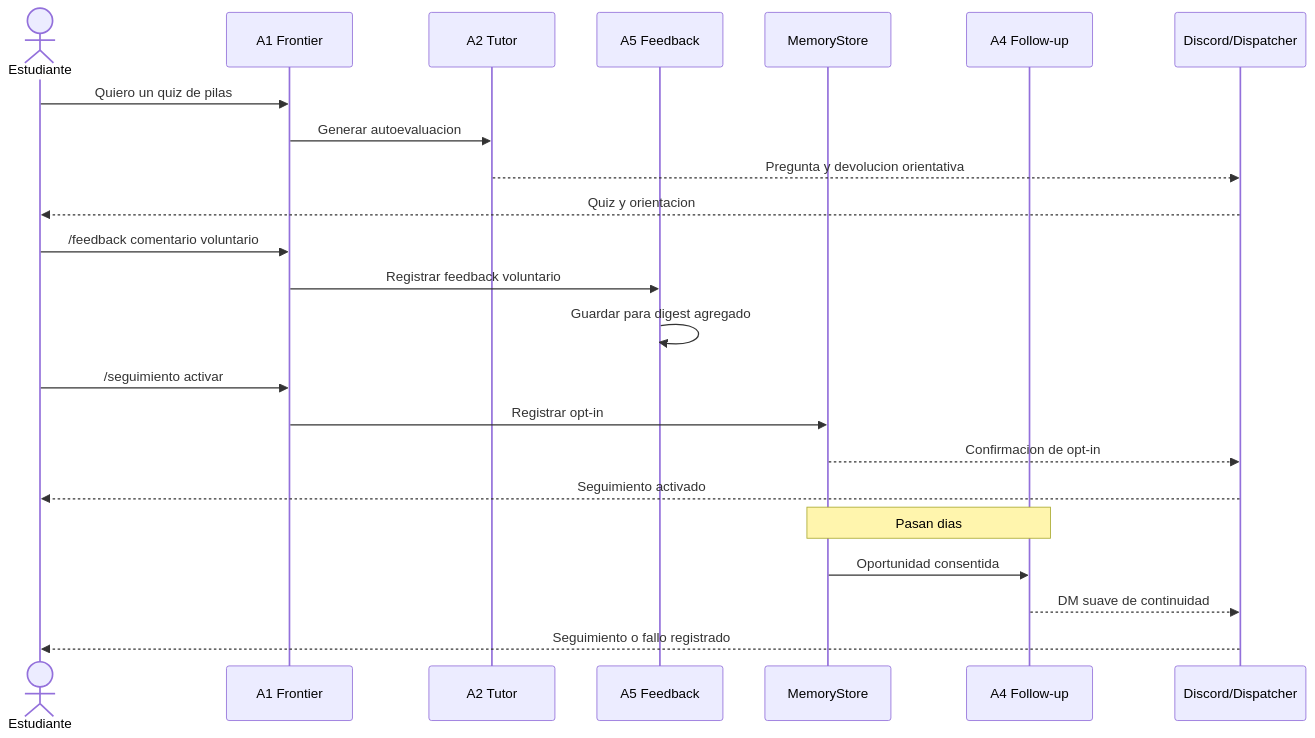
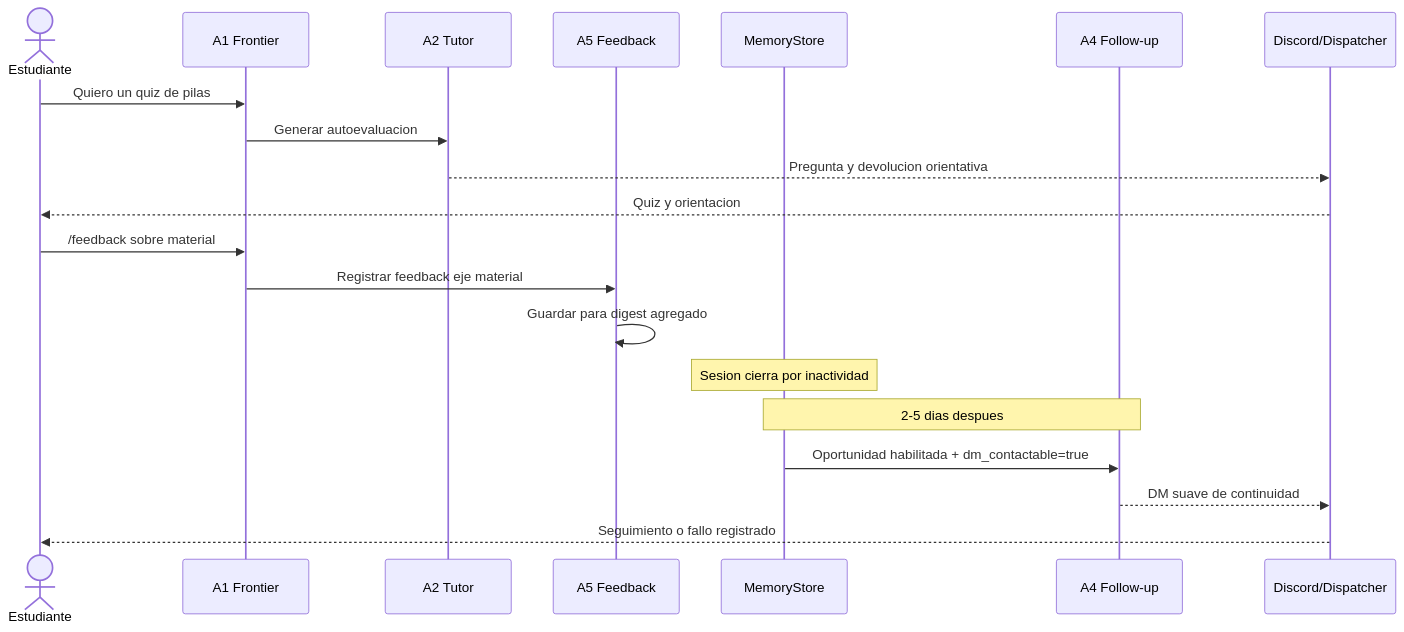
One commit to berni-245/SMA-Discord-bot changed the fourth of 4 diagrams in spec/06-escenarios-y-trazabilidad.md. Above: the diagram before and after it, drawn with Mermaid. The commit also changed other lines of this file and 16 other files, not shown here.

````diff
--- a/spec/06-escenarios-y-trazabilidad.md
+++ b/spec/06-escenarios-y-trazabilidad.md
@@ -99,25 +99,22 @@
 ```mermaid
 sequenceDiagram
     actor E as Estudiante
     participant A1 as A1 Frontier
     participant A2 as A2 Tutor
     participant A5 as A5 Feedback
     participant M as MemoryStore
     participant A4 as A4 Follow-up
     participant D as Discord/Dispatcher
     E->>A1: Quiero un quiz de pilas
     A1->>A2: Generar autoevaluacion
     A2-->>D: Pregunta y devolucion orientativa
     D-->>E: Quiz y orientacion
-    E->>A1: /feedback comentario voluntario
-    A1->>A5: Registrar feedback voluntario
+    E->>A1: /feedback sobre material
+    A1->>A5: Registrar feedback eje material
     A5->>A5: Guardar para digest agregado
-    E->>A1: /seguimiento activar
-    A1->>M: Registrar opt-in
-    M-->>D: Confirmacion de opt-in
-    D-->>E: Seguimiento activado
-    Note over M,A4: Pasan dias
-    M->>A4: Oportunidad consentida
+    Note over M: Sesion cierra por inactividad
+    Note over M,A4: 2-5 dias despues
+    M->>A4: Oportunidad habilitada + dm_contactable=true
     A4-->>D: DM suave de continuidad
     D-->>E: Seguimiento o fallo registrado
 ```
````
